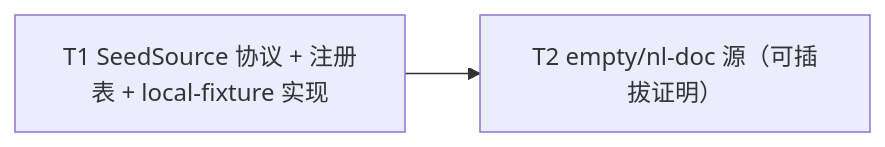
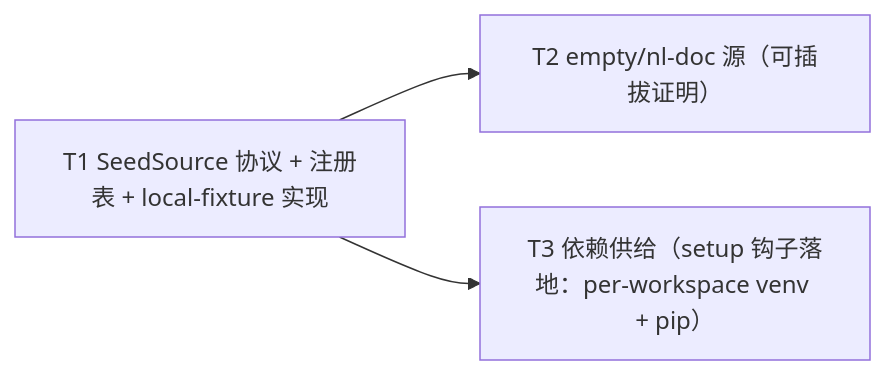
Diagram 13 of 14 in docs/specs/OVERVIEW.md (Curry09/AHE-Beta), drawn with Mermaid before and after one commit. The commit also changed other lines of this file and 7 other files, not shown here.

First line of the commit message:
spec(0009/T3): 依赖供给（setup 钩子落地：per-workspace venv + pip）

````diff
--- a/docs/specs/OVERVIEW.md
+++ b/docs/specs/OVERVIEW.md
@@ -1064,6 +1076,8 @@
 ```mermaid
 graph LR
     nT1["T1 SeedSource 协议 + 注册表 + local-fixture 实现"]
     nT2["T2 empty/nl-doc 源（可插拔证明）"]
+    nT3["T3 依赖供给（setup 钩子落地：per-workspace venv + pip）"]
     nT1 --> nT2
+    nT1 --> nT3
 ```
````
